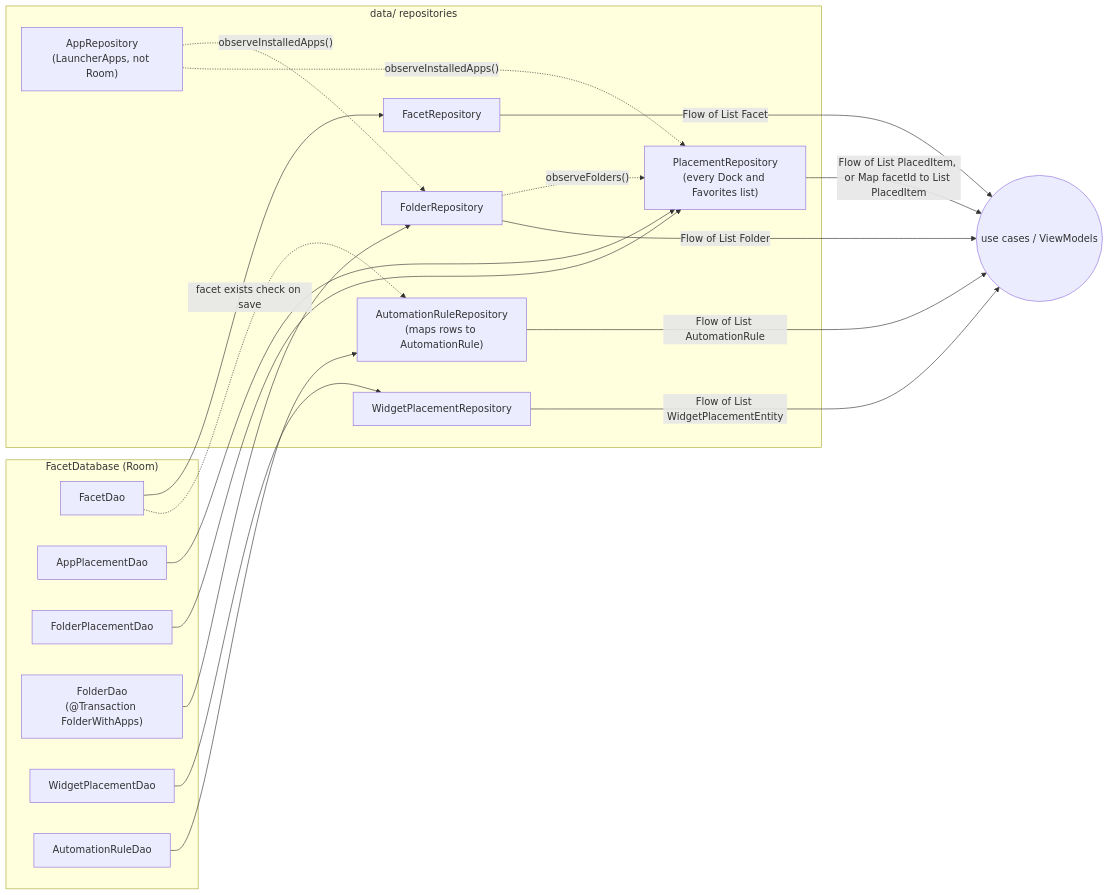
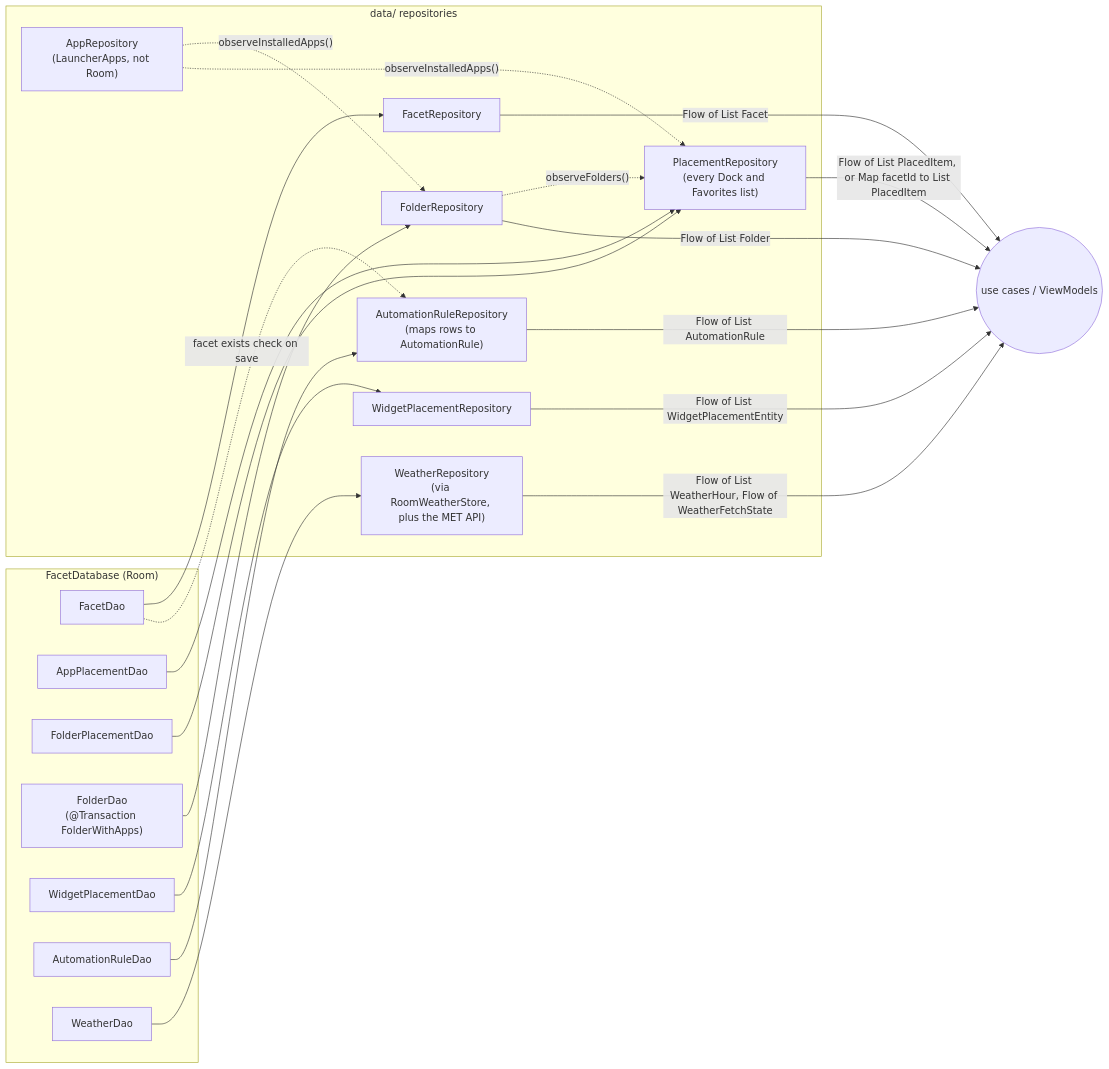
The second of 3 diagrams in docs/architecture/02-persistence-room.md (rohitganjam/facet-launcher), drawn with Mermaid before and after one commit. The commit also changed other lines of this file and 34 other files, not shown here.

First line of the commit message:
Weather: settings, facet switches, Room cache and schema v33

````diff
--- a/docs/architecture/02-persistence-room.md
+++ b/docs/architecture/02-persistence-room.md
@@ -156,38 +185,42 @@
 ```mermaid
 flowchart LR
     subgraph DB["FacetDatabase (Room)"]
         FD[FacetDao]
         APD[AppPlacementDao]
         FPD[FolderPlacementDao]
         FOD["FolderDao\n(@Transaction FolderWithApps)"]
         WPD[WidgetPlacementDao]
         ARD[AutomationRuleDao]
+        WTD[WeatherDao]
     end
 
     subgraph REPO["data/ repositories"]
         FR[FacetRepository]
         PR["PlacementRepository\n(every Dock and Favorites list)"]
         FOR[FolderRepository]
         WPR[WidgetPlacementRepository]
         ARR["AutomationRuleRepository\n(maps rows to AutomationRule)"]
+        WTR["WeatherRepository\n(via RoomWeatherStore, plus the MET API)"]
         AR["AppRepository\n(LauncherApps, not Room)"]
     end
 
     FD --> FR
     APD --> PR
     FPD --> PR
     FOD --> FOR
     WPD --> WPR
     ARD --> ARR
+    WTD --> WTR
     FD -. "facet exists check on save" .-> ARR
 
     AR -. "observeInstalledApps()" .-> FOR
     AR -. "observeInstalledApps()" .-> PR
     FOR -. "observeFolders()" .-> PR
 
     FR -- "Flow of List Facet" --> OUT((use cases / ViewModels))
     PR -- "Flow of List PlacedItem, or Map facetId to List PlacedItem" --> OUT
     FOR -- "Flow of List Folder" --> OUT
     WPR -- "Flow of List WidgetPlacementEntity" --> OUT
     ARR -- "Flow of List AutomationRule" --> OUT
+    WTR -- "Flow of List WeatherHour, Flow of WeatherFetchState" --> OUT
 ```
````
